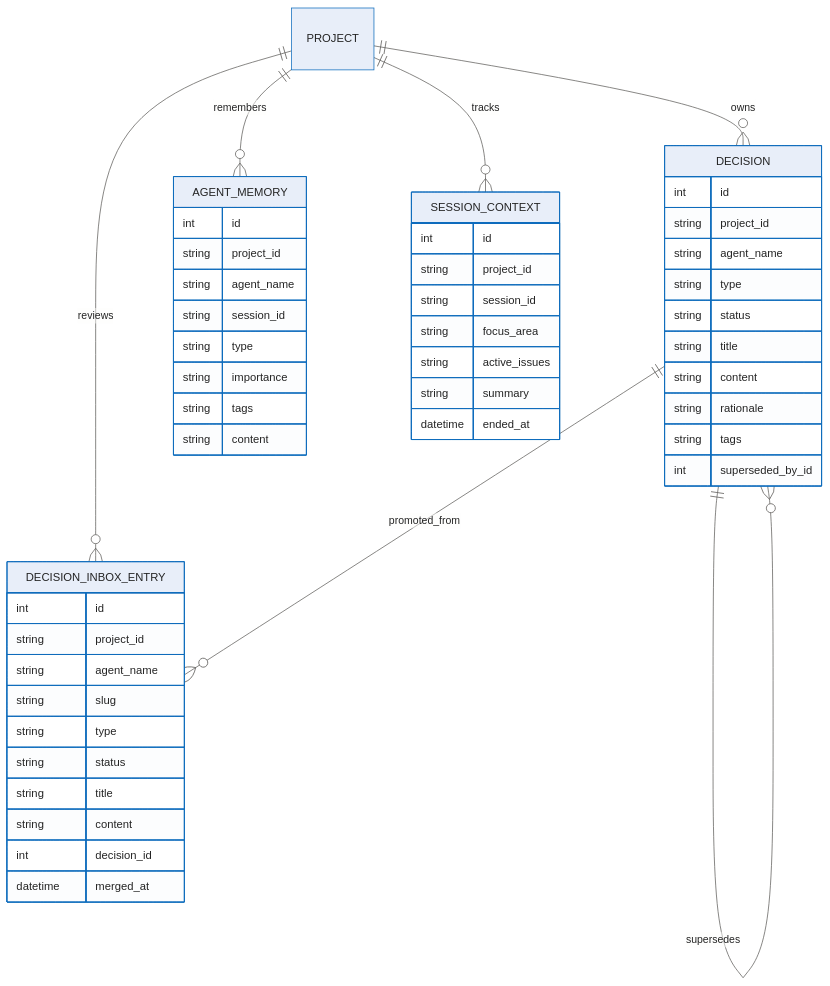
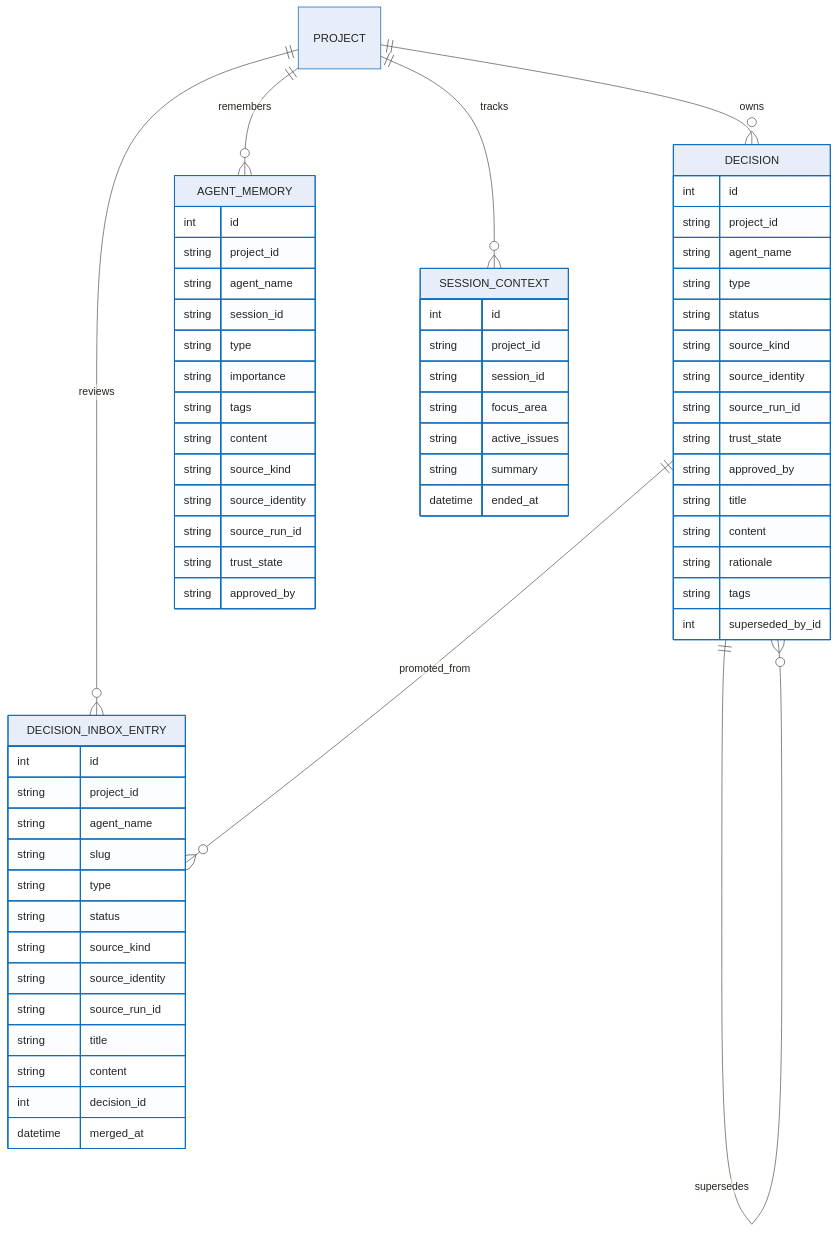
One commit to sabbour/agentweaver changed the first of 2 diagrams in docs/deep-dive/memory-decisions.md. Above: the diagram before and after it, drawn with Mermaid. The commit also changed other lines of this file and 7 other files, not shown here.

First line of the commit message:
docs: clarify run failures and memory trust

````diff
--- a/docs/deep-dive/memory-decisions.md
+++ b/docs/deep-dive/memory-decisions.md
@@ -83,54 +109,67 @@
 ```mermaid
 %%{init: {'theme':'base','themeVariables':{'fontFamily':'Segoe UI, system-ui, -apple-system, sans-serif','fontSize':'15px','primaryColor':'#E8EEF9','primaryBorderColor':'#0F6CBD','primaryTextColor':'#242424','lineColor':'#605E5C','clusterBkg':'#FAF9F8','clusterBorder':'#D2D0CE','edgeLabelBackground':'#FFFFFF'}}}%%
 erDiagram
     PROJECT ||--o{ DECISION : owns
     PROJECT ||--o{ DECISION_INBOX_ENTRY : reviews
     PROJECT ||--o{ AGENT_MEMORY : remembers
     PROJECT ||--o{ SESSION_CONTEXT : tracks
     DECISION ||--o{ DECISION : supersedes
     DECISION ||--o{ DECISION_INBOX_ENTRY : promoted_from
 
     DECISION {
       int id
       string project_id
       string agent_name
       string type
       string status
+      string source_kind
+      string source_identity
+      string source_run_id
+      string trust_state
+      string approved_by
       string title
       string content
       string rationale
       string tags
       int superseded_by_id
     }
     DECISION_INBOX_ENTRY {
       int id
       string project_id
       string agent_name
       string slug
       string type
       string status
+      string source_kind
+      string source_identity
+      string source_run_id
       string title
       string content
       int decision_id
       datetime merged_at
     }
     AGENT_MEMORY {
       int id
       string project_id
       string agent_name
       string session_id
       string type
       string importance
       string tags
       string content
+      string source_kind
+      string source_identity
+      string source_run_id
+      string trust_state
+      string approved_by
     }
     SESSION_CONTEXT {
       int id
       string project_id
       string session_id
       string focus_area
       string active_issues
       string summary
       datetime ended_at
     }
 ```
````
